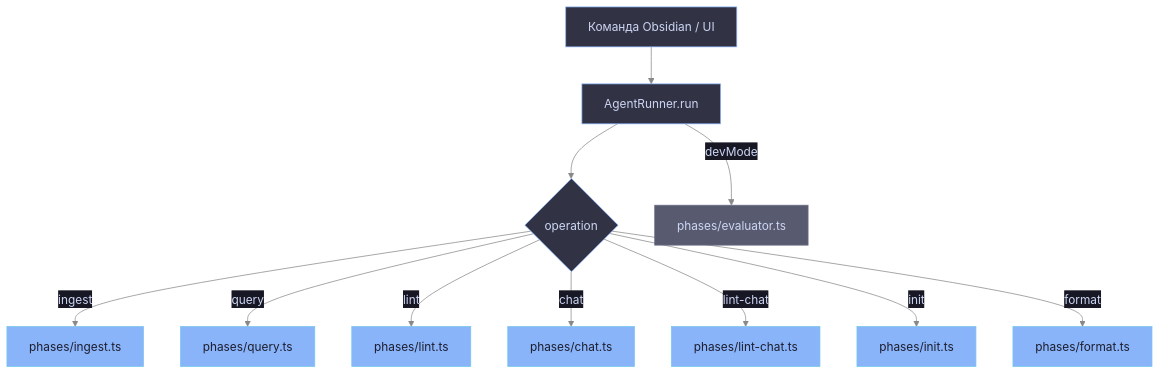
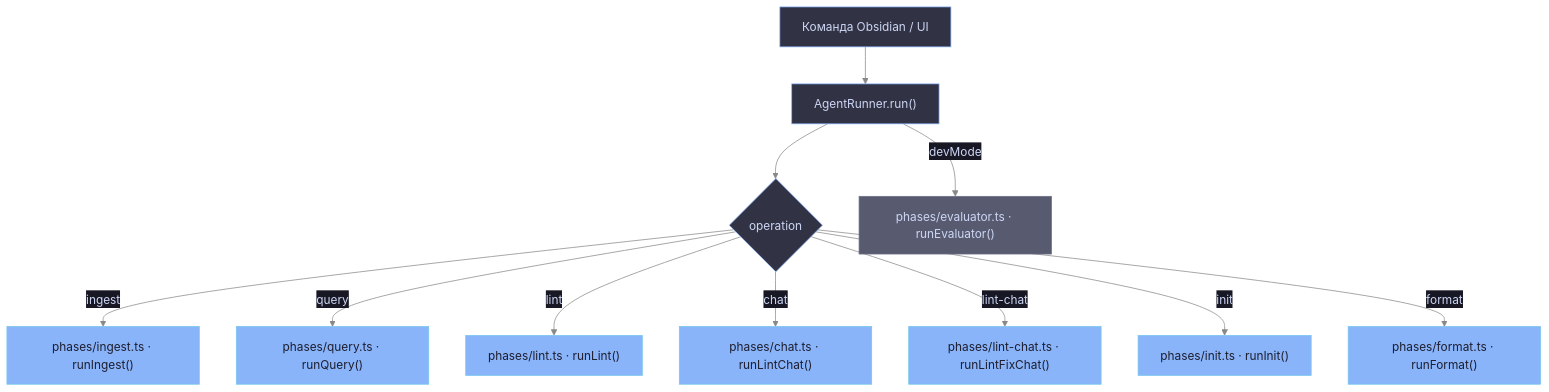
Before and after one commit to ikeniborn/obsidian-ai-wiki: the second of 10 diagrams in docs/prompt-architecture.md, drawn with Mermaid. The commit also changed other lines of this file and 33 other files, not shown here.

First line of the commit message:
feat(ui): add LLM progress steps to all phases; show ingest token count

````diff
--- a/docs/prompt-architecture.md
+++ b/docs/prompt-architecture.md
@@ -83,22 +87,22 @@
 ```mermaid
 %%{init: {'theme': 'base', 'themeVariables': {'background': '#1e1e2e', 'primaryColor': '#313244', 'primaryTextColor': '#cdd6f4', 'primaryBorderColor': '#89b4fa', 'lineColor': '#888888', 'secondaryColor': '#181825', 'tertiaryColor': '#45475a'}}}%%
 flowchart TD
     UI["Команда Obsidian / UI"]
-    UI --> AR["AgentRunner.run"]
+    UI --> AR["AgentRunner.run()"]
     AR --> OP{"operation"}
 
-    OP -->|ingest| PI["phases/ingest.ts"]
-    OP -->|query| PQ["phases/query.ts"]
-    OP -->|lint| PL["phases/lint.ts"]
-    OP -->|chat| PC["phases/chat.ts"]
-    OP -->|lint-chat| PLC["phases/lint-chat.ts"]
-    OP -->|init| PIN["phases/init.ts"]
-    OP -->|format| PF["phases/format.ts"]
+    OP -->|ingest| PI["phases/ingest.ts · runIngest()"]
+    OP -->|query| PQ["phases/query.ts · runQuery()"]
+    OP -->|lint| PL["phases/lint.ts · runLint()"]
+    OP -->|chat| PC["phases/chat.ts · runLintChat()"]
+    OP -->|lint-chat| PLC["phases/lint-chat.ts · runLintFixChat()"]
+    OP -->|init| PIN["phases/init.ts · runInit()"]
+    OP -->|format| PF["phases/format.ts · runFormat()"]
 
-    AR -->|devMode| PE["phases/evaluator.ts"]
+    AR -->|devMode| PE["phases/evaluator.ts · runEvaluator()"]
 
     classDef phase fill:#89b4fa,color:#1e1e2e,stroke:#74c7ec
     classDef dev   fill:#585b70,color:#cdd6f4,stroke:#6c7086
     class PI,PQ,PL,PC,PLC,PIN,PF phase
     class PE dev
 ```
````
